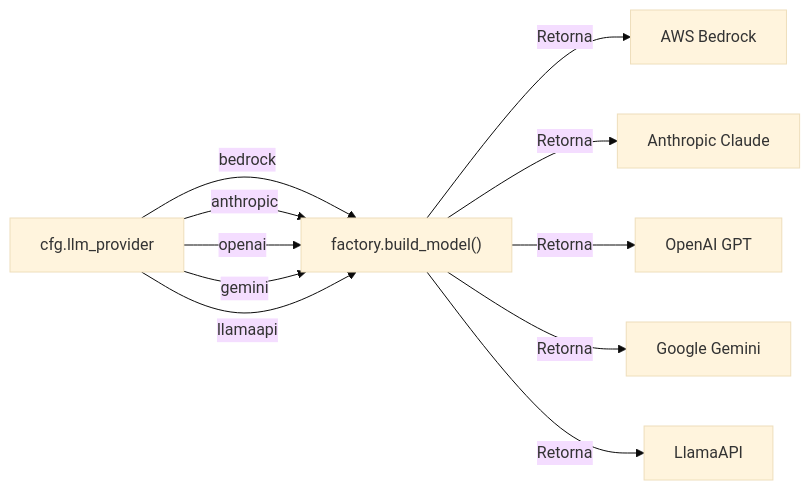
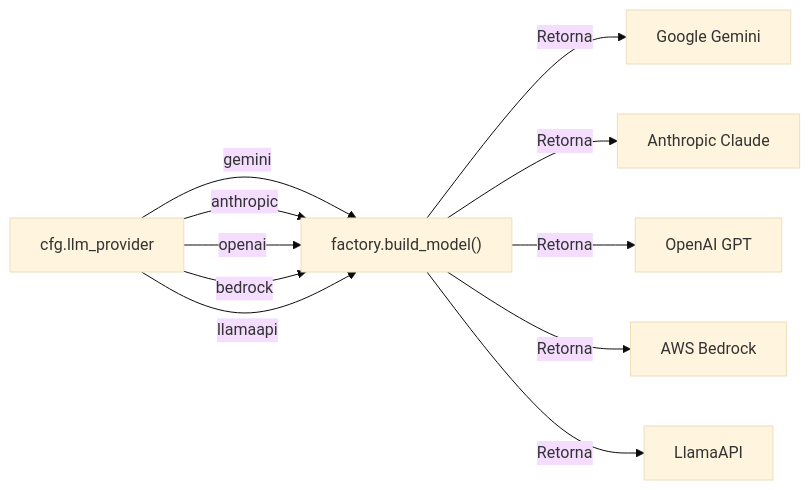
The third of 3 diagrams in README.md (dbarretol/FULL-STACK-NEXTJS-AGENT), drawn with Mermaid (base theme) before and after one commit. The commit also changed other lines of this file and 1 other file, not shown here.

````diff
--- a/README.md
+++ b/README.md
@@ -202,23 +202,23 @@
 ```mermaid
 graph LR
     Config["cfg.llm_provider"]
     Factory["factory.build_model()"]
     
-    Bedrock["AWS Bedrock"]
+    Gemini["Google Gemini"]
     Anthropic["Anthropic Claude"]
     OpenAI["OpenAI GPT"]
-    Gemini["Google Gemini"]
+    Bedrock["AWS Bedrock"]
     LlamaAPI["LlamaAPI"]
     
-    Config -->|"bedrock"| Factory
+    Config -->|"gemini"| Factory
     Config -->|"anthropic"| Factory
     Config -->|"openai"| Factory
-    Config -->|"gemini"| Factory
+    Config -->|"bedrock"| Factory
     Config -->|"llamaapi"| Factory
     
-    Factory -->|"Retorna"| Bedrock
+    Factory -->|"Retorna"| Gemini
     Factory -->|"Retorna"| Anthropic
     Factory -->|"Retorna"| OpenAI
-    Factory -->|"Retorna"| Gemini
+    Factory -->|"Retorna"| Bedrock
     Factory -->|"Retorna"| LlamaAPI
 ```
````
